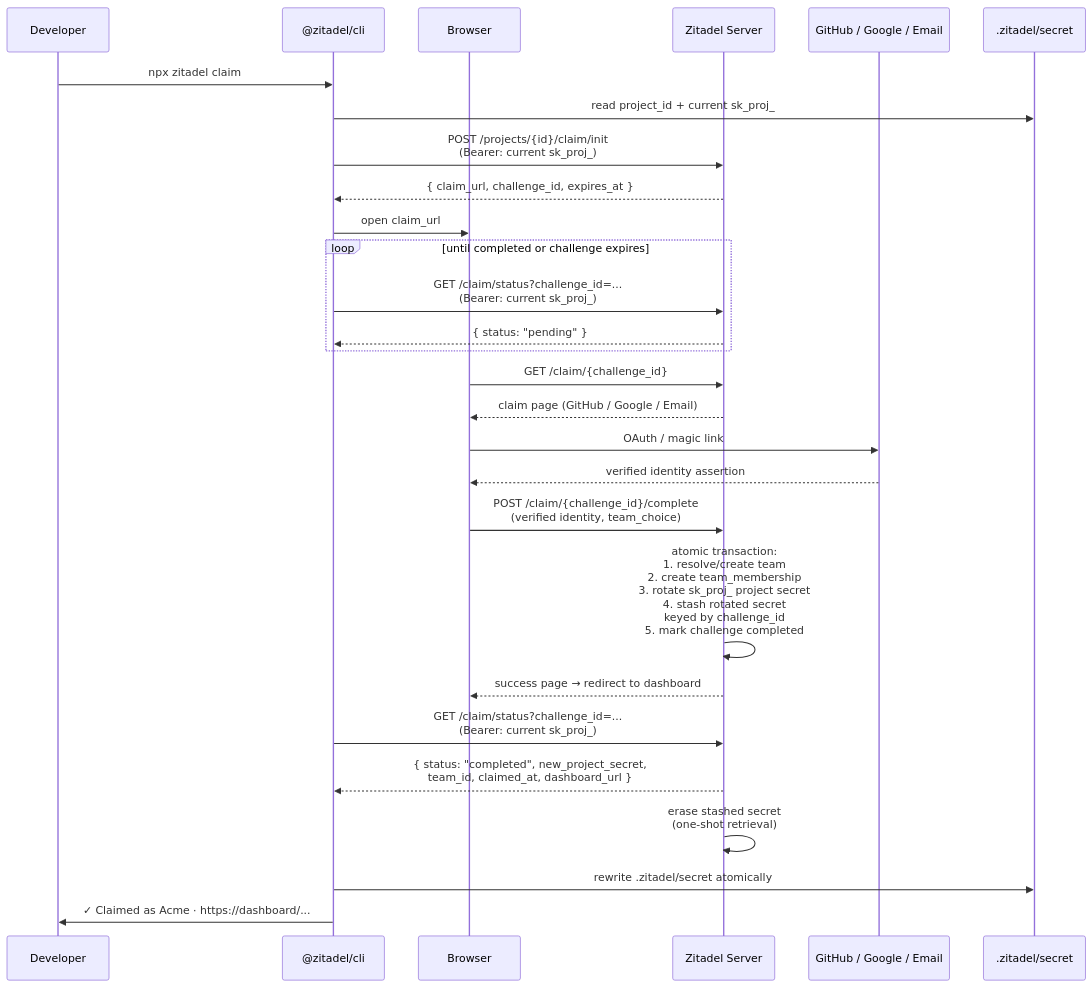
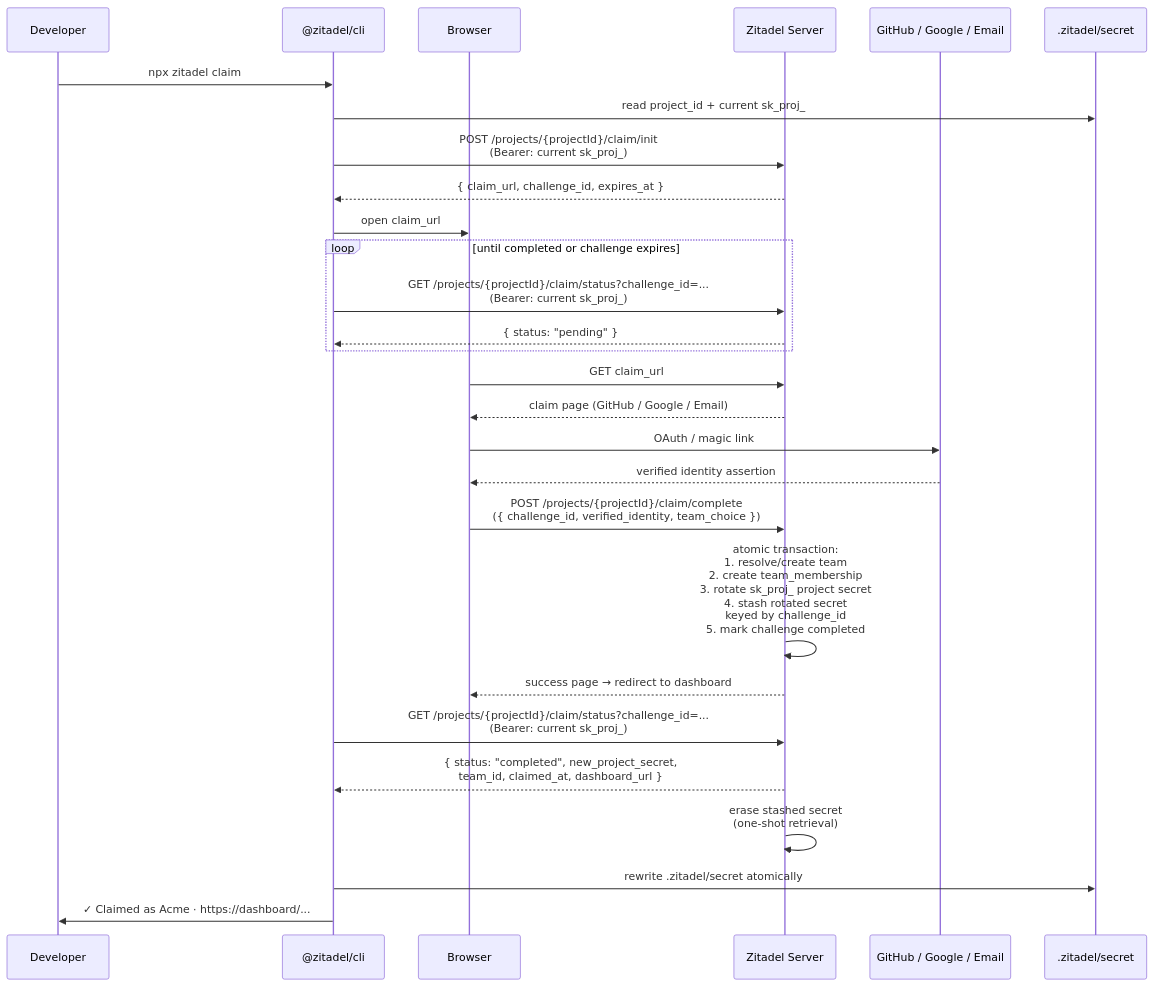
One commit to zitadel/nextgen changed the diagram in docs/design/platform/claim-flow.md. Above: the diagram before and after it, drawn with Mermaid. The commit also changed other lines of this file and 9 other files, not shown here.

````diff
--- a/docs/design/platform/claim-flow.md
+++ b/docs/design/platform/claim-flow.md
@@ -39,35 +39,35 @@
 ```mermaid
 sequenceDiagram
     participant Dev as Developer
     participant CLI as @zitadel/cli
     participant Browser
     participant Srv as Zitadel Server
     participant IdP as GitHub / Google / Email
     participant Secret as .zitadel/secret
 
     Dev->>CLI: npx zitadel claim
     CLI->>Secret: read project_id + current sk_proj_
-    CLI->>Srv: POST /projects/{id}/claim/init<br>(Bearer: current sk_proj_)
+    CLI->>Srv: POST /projects/{projectId}/claim/init<br>(Bearer: current sk_proj_)
     Srv-->>CLI: { claim_url, challenge_id, expires_at }
     CLI->>Browser: open claim_url
 
     loop until completed or challenge expires
-      CLI->>Srv: GET /claim/status?challenge_id=...<br>(Bearer: current sk_proj_)
+      CLI->>Srv: GET /projects/{projectId}/claim/status?challenge_id=...<br>(Bearer: current sk_proj_)
       Srv-->>CLI: { status: "pending" }
     end
 
-    Browser->>Srv: GET /claim/{challenge_id}
+    Browser->>Srv: GET claim_url
     Srv-->>Browser: claim page (GitHub / Google / Email)
     Browser->>IdP: OAuth / magic link
     IdP-->>Browser: verified identity assertion
-    Browser->>Srv: POST /claim/{challenge_id}/complete<br>(verified identity, team_choice)
+    Browser->>Srv: POST /projects/{projectId}/claim/complete<br>({ challenge_id, verified_identity, team_choice })
 
     Srv->>Srv: atomic transaction:<br>1. resolve/create team<br>2. create team_membership<br>3. rotate sk_proj_ project secret<br>4. stash rotated secret<br>   keyed by challenge_id<br>5. mark challenge completed
     Srv-->>Browser: success page → redirect to dashboard
 
-    CLI->>Srv: GET /claim/status?challenge_id=...<br>(Bearer: current sk_proj_)
+    CLI->>Srv: GET /projects/{projectId}/claim/status?challenge_id=...<br>(Bearer: current sk_proj_)
     Srv-->>CLI: { status: "completed", new_project_secret,<br>team_id, claimed_at, dashboard_url }
     Srv->>Srv: erase stashed secret<br>(one-shot retrieval)
     CLI->>Secret: rewrite .zitadel/secret atomically
     CLI->>Dev: ✓ Claimed as Acme · https://dashboard/...
 ```
````
